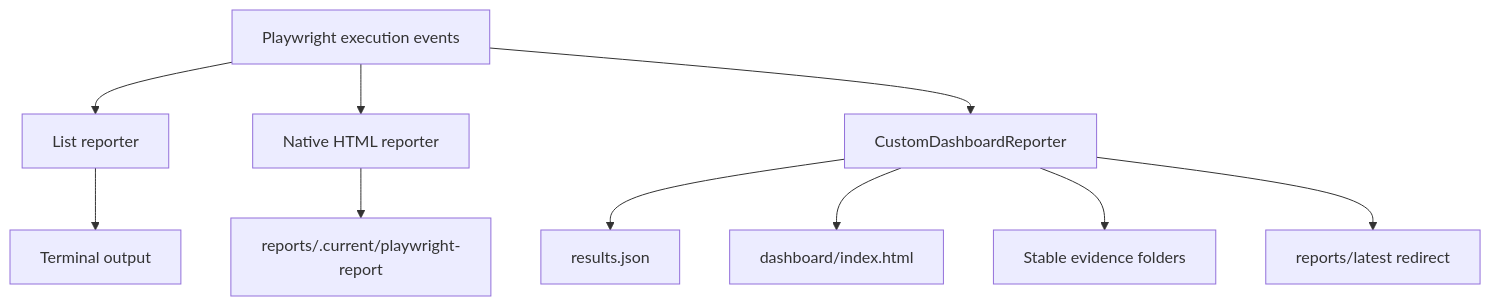
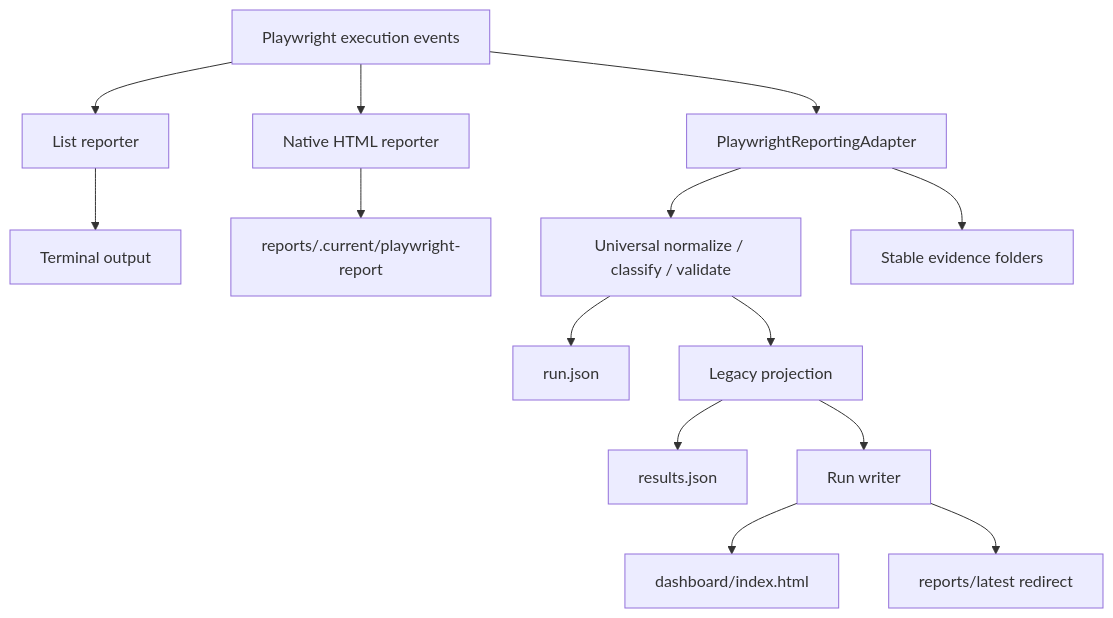
Before and after one commit to ydvgaurav1/Playwright-Tutorial: the first of 4 diagrams in learning-guide/08-debugging-and-reporting.md, drawn with Mermaid. The commit also changed other lines of this file and 3 other files, not shown here.

First line of the commit message:
docs: update reporting architecture and environment flow

````diff
--- a/learning-guide/08-debugging-and-reporting.md
+++ b/learning-guide/08-debugging-and-reporting.md
@@ -90,12 +91,16 @@
 ```mermaid
 flowchart TD
     RESULT[Playwright execution events] --> LIST[List reporter]
     RESULT --> HTML[Native HTML reporter]
-    RESULT --> CUSTOM[CustomDashboardReporter]
+    RESULT --> ADAPTER[PlaywrightReportingAdapter]
     LIST --> TERMINAL[Terminal output]
     HTML --> STAGING[reports/.current/playwright-report]
-    CUSTOM --> JSON[results.json]
-    CUSTOM --> DASH[dashboard/index.html]
-    CUSTOM --> EVIDENCE[Stable evidence folders]
-    CUSTOM --> LATEST[reports/latest redirect]
+    ADAPTER --> UNIVERSAL[Universal normalize / classify / validate]
+    UNIVERSAL --> RUN[run.json]
+    UNIVERSAL --> PROJECT[Legacy projection]
+    PROJECT --> JSON[results.json]
+    PROJECT --> WRITER[Run writer]
+    WRITER --> DASH[dashboard/index.html]
+    ADAPTER --> EVIDENCE[Stable evidence folders]
+    WRITER --> LATEST[reports/latest redirect]
 ```
````
